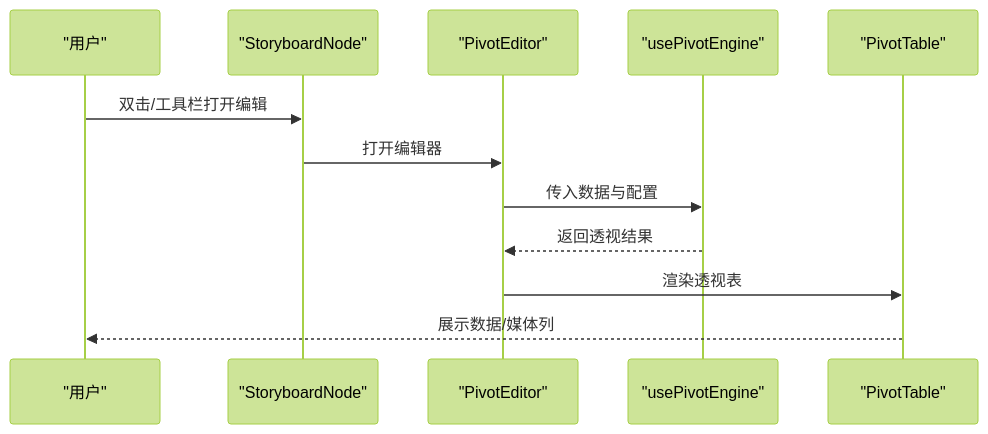
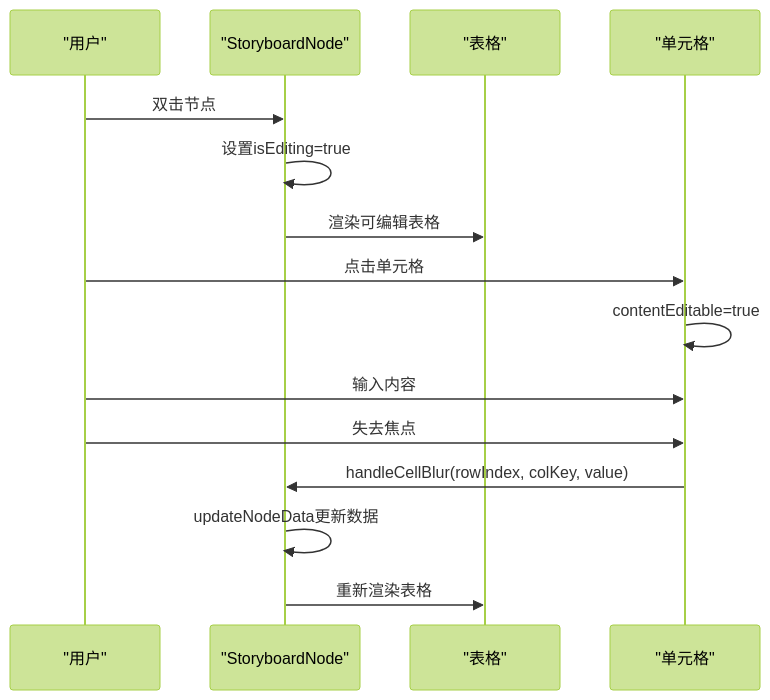
The fourth of 6 diagrams in .qoder/repowiki/zh/content/前端组件系统/画布编辑器/画布编辑器.md (KunLabAI/KunFlix), drawn with Mermaid (forest theme) before and after one commit. The commit also changed other lines of this file and 5 other files, not shown here.

````diff
--- a/.qoder/repowiki/zh/content/前端组件系统/画布编辑器/画布编辑器.md
+++ b/.qoder/repowiki/zh/content/前端组件系统/画布编辑器/画布编辑器.md
@@ -264,14 +276,17 @@
 ```mermaid
 sequenceDiagram
 participant User as "用户"
 participant SB as "StoryboardNode"
-participant PE as "PivotEditor"
-participant UPE as "usePivotEngine"
-participant PT as "PivotTable"
-User->>SB : 双击/工具栏打开编辑
-SB->>PE : 打开编辑器
-PE->>UPE : 传入数据与配置
-UPE-->>PE : 返回透视结果
-PE->>PT : 渲染透视表
-PT-->>User : 展示数据/媒体列
+participant Table as "表格"
+participant Cell as "单元格"
+User->>SB : 双击节点
+SB->>SB : 设置isEditing=true
+SB->>Table : 渲染可编辑表格
+User->>Cell : 点击单元格
+Cell->>Cell : contentEditable=true
+User->>Cell : 输入内容
+User->>Cell : 失去焦点
+Cell->>SB : handleCellBlur(rowIndex, colKey, value)
+SB->>SB : updateNodeData更新数据
+SB->>Table : 重新渲染表格
 ```
````
